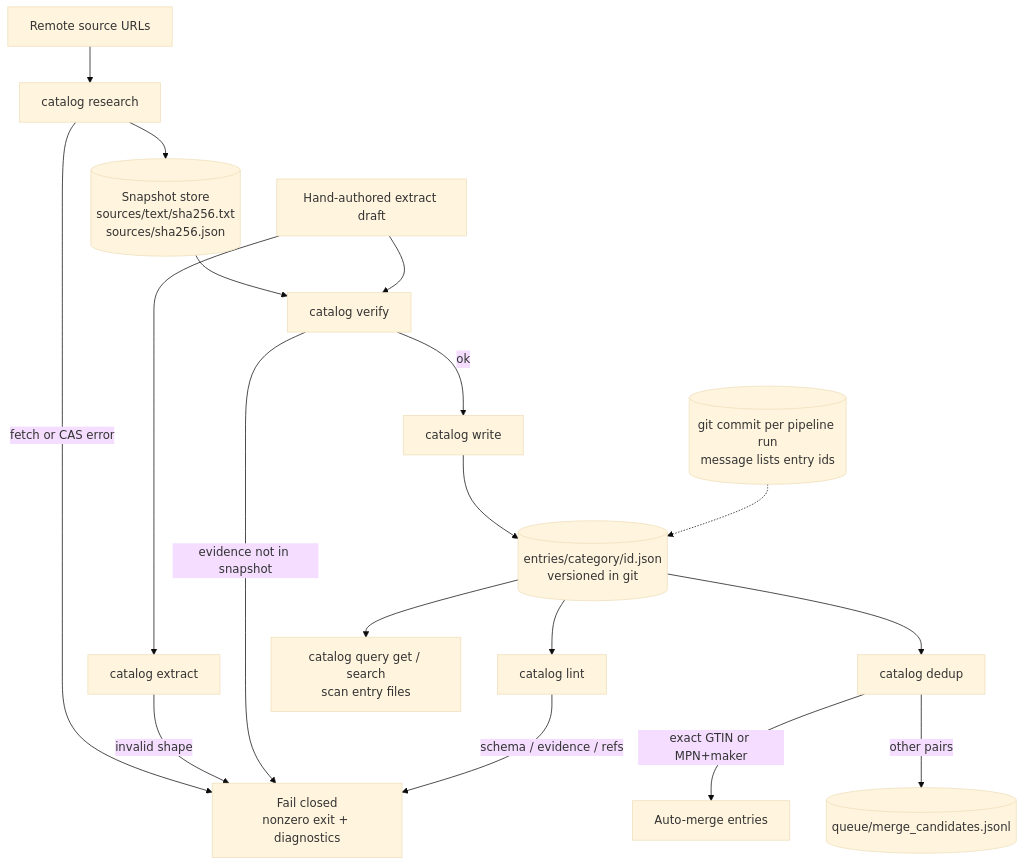
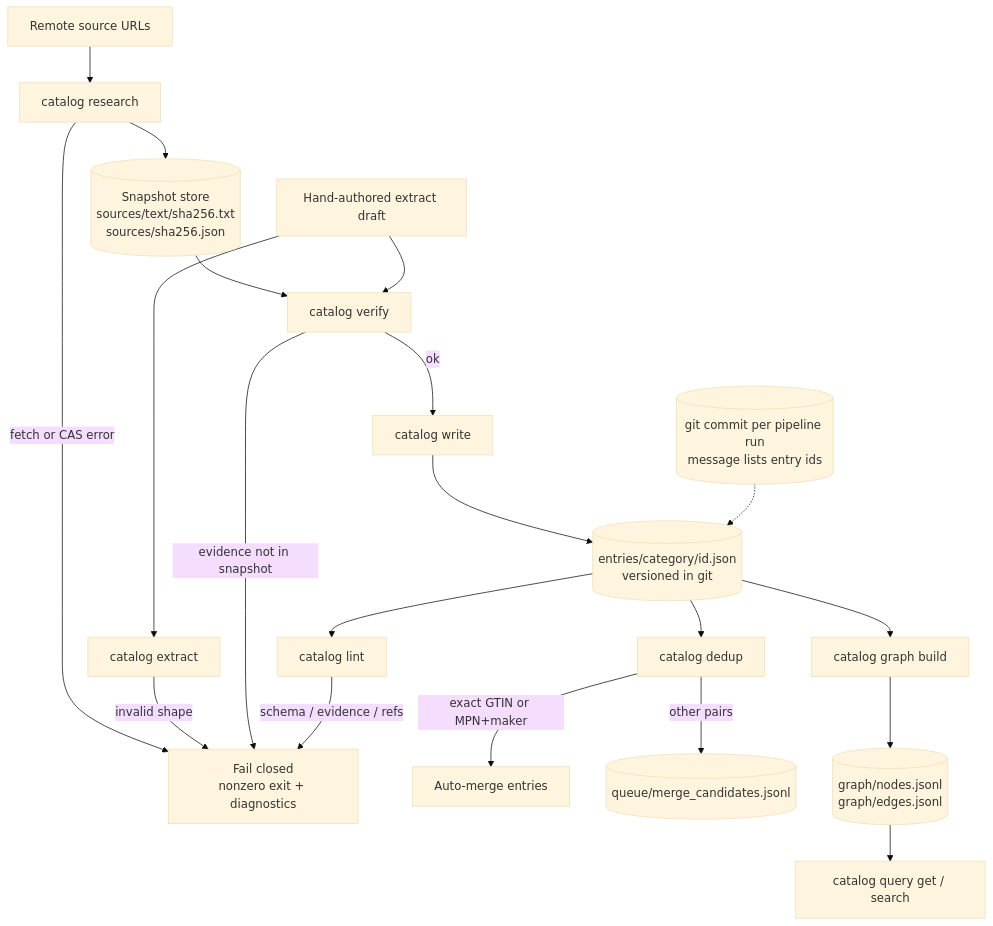
Before and after one commit to wetware-hq/catalog: the diagram in encyclopedia/ARCHITECTURE.md, drawn with Mermaid (base theme). The commit also changed other lines of this file and 12 other files, not shown here.

First line of the commit message:
Emit KGX graph from catalog entries with validation tests

````diff
--- a/encyclopedia/ARCHITECTURE.md
+++ b/encyclopedia/ARCHITECTURE.md
@@ -5,24 +5,26 @@
 ```mermaid
 flowchart TD
   SRC[Remote source URLs] --> R[catalog research]
   R --> CAS[(Snapshot store<br/>sources/text/sha256.txt<br/>sources/sha256.json)]
   R -->|fetch or CAS error| FC[Fail closed<br/>nonzero exit + diagnostics]
 
   DRAFT[Hand-authored extract draft] --> E[catalog extract]
   E -->|invalid shape| FC
 
   CAS --> V[catalog verify]
   DRAFT --> V
   V -->|evidence not in snapshot| FC
   V -->|ok| W[catalog write]
 
   W --> ENT[(entries/category/id.json<br/>versioned in git)]
   ENT --> D[catalog dedup]
   D -->|exact GTIN or MPN+maker| MERGE[Auto-merge entries]
   D -->|other pairs| FLAG[(queue/merge_candidates.jsonl)]
 
   ENT --> L[catalog lint]
   L -->|schema / evidence / refs| FC
-  ENT --> Q[catalog query get / search<br/>scan entry files]
+  ENT --> G[catalog graph build]
+  G --> KGX[(graph/nodes.jsonl<br/>graph/edges.jsonl)]
+  KGX --> Q[catalog query get / search]
   GIT[(git commit per pipeline run<br/>message lists entry ids)] -.-> ENT
 ```
````
